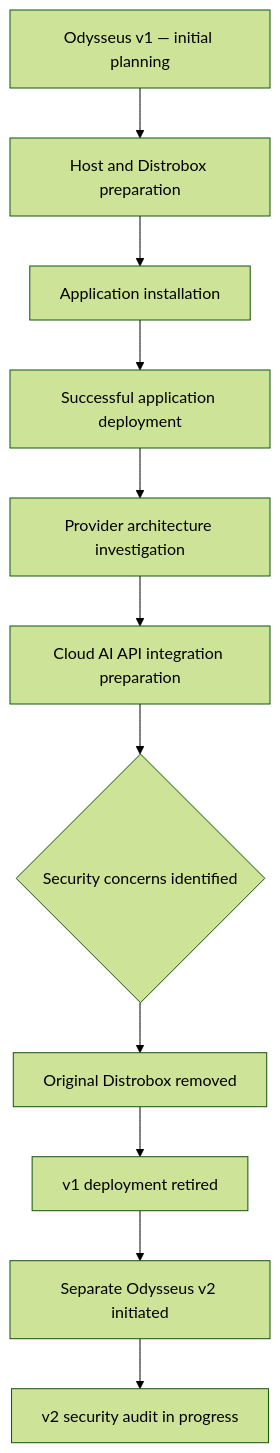
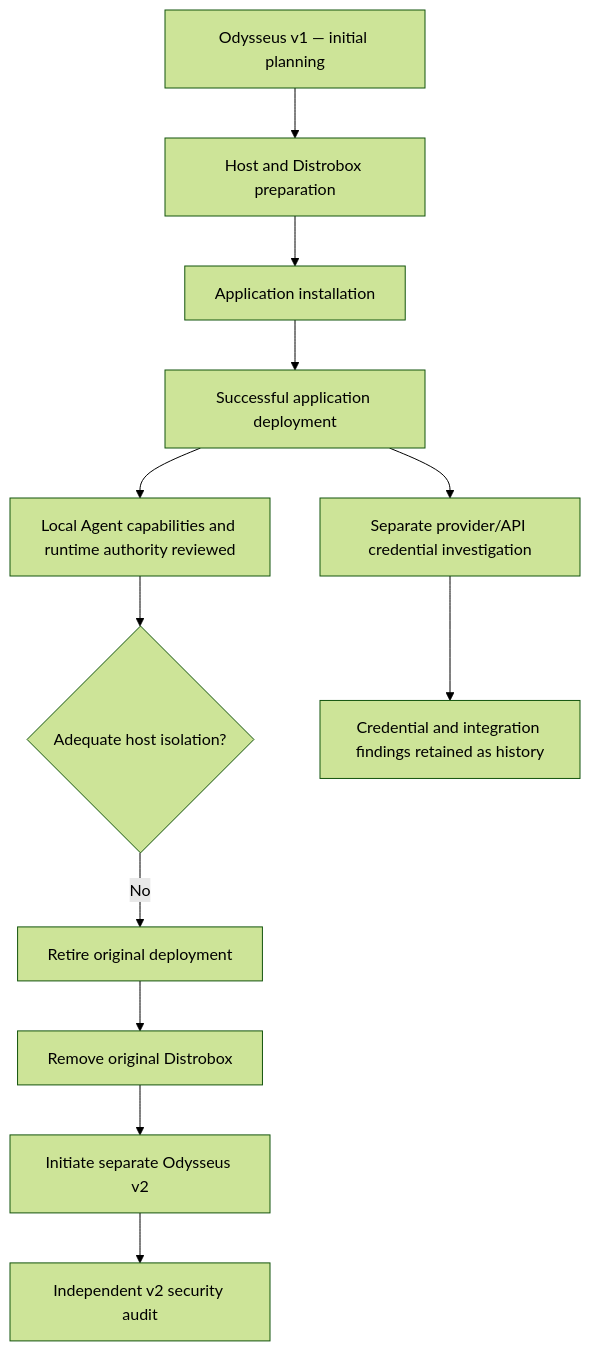
One commit to laconic-lab/projects changed the diagram in odysseus/docs/aborted.first_installation/ODYSSEUS-V1-INSTALLATION-AND-RETIREMENT.md. Above: the diagram before and after it, drawn with Mermaid (forest theme). The commit also changed other lines of this file and 4 other files, not shown here.

````diff
--- a/odysseus/docs/aborted.first_installation/ODYSSEUS-V1-INSTALLATION-AND-RETIREMENT.md
+++ b/odysseus/docs/aborted.first_installation/ODYSSEUS-V1-INSTALLATION-AND-RETIREMENT.md
@@ -38,13 +45,14 @@
 ```mermaid
 flowchart TD
     A["Odysseus v1 — initial planning"] --> B["Host and Distrobox preparation"]
     B --> C["Application installation"]
     C --> D["Successful application deployment"]
-    D --> E["Provider architecture investigation"]
-    E --> F["Cloud AI API integration preparation"]
-    F --> G{"Security concerns identified"}
-    G --> H["Original Distrobox removed"]
-    H --> I["v1 deployment retired"]
-    I --> J["Separate Odysseus v2 initiated"]
-    J --> K["v2 security audit in progress"]
+    D --> E["Local Agent capabilities and runtime authority reviewed"]
+    E --> F{"Adequate host isolation?"}
+    F -->|No| G["Retire original deployment"]
+    G --> H["Remove original Distrobox"]
+    H --> I["Initiate separate Odysseus v2"]
+    I --> J["Independent v2 security audit"]
+    D --> K["Separate provider/API credential investigation"]
+    K --> L["Credential and integration findings retained as history"]
 ```
````
